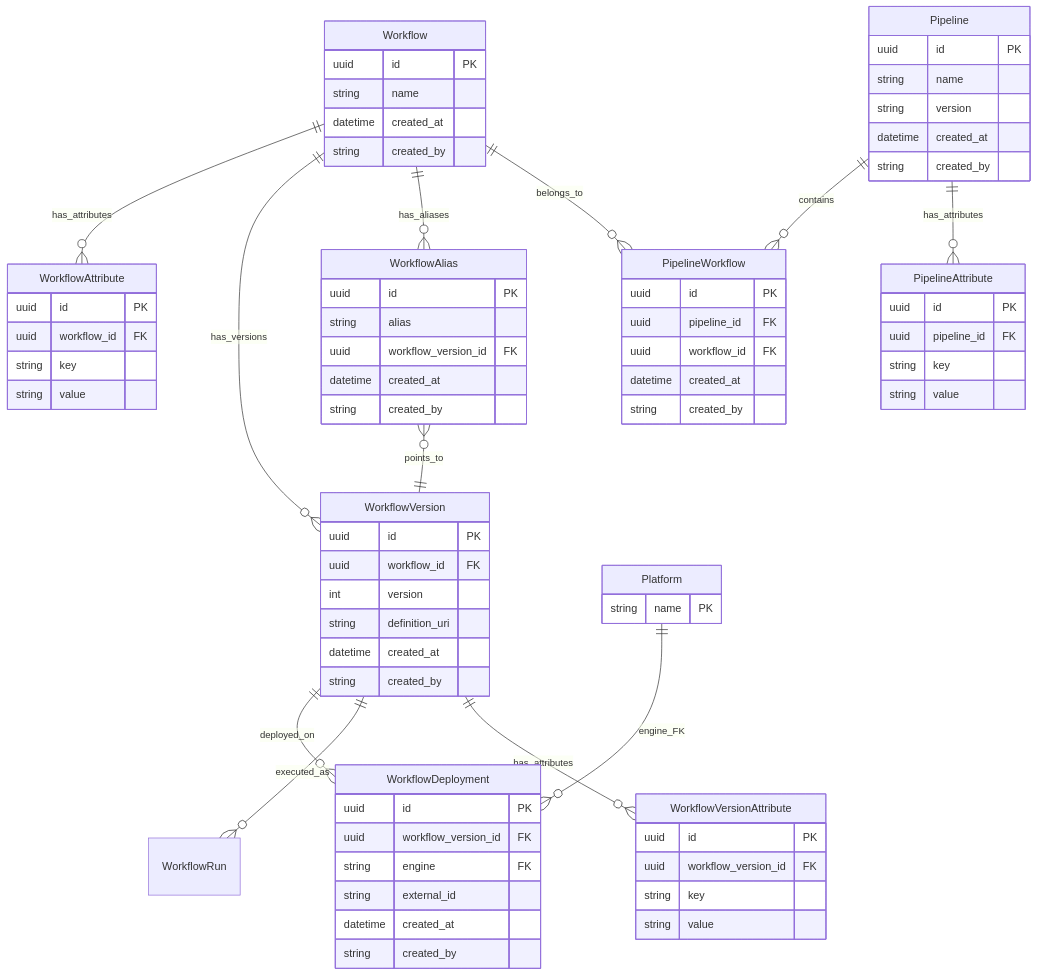
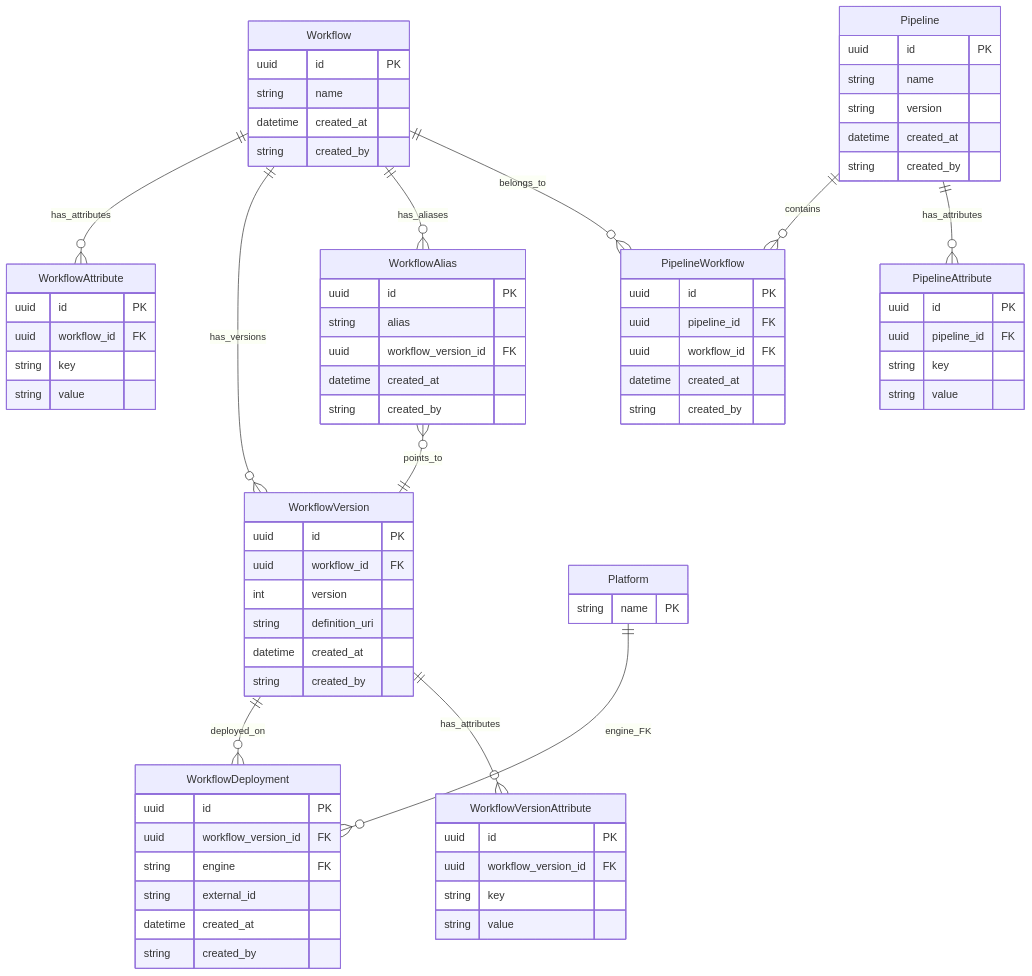
Before and after one commit to NGS360/APIServer: the diagram in docs/WORKFLOWS_AND_PIPELINES.md, drawn with Mermaid.

Commit message:
Fix ER Diagram

```diff
--- a/docs/WORKFLOWS_AND_PIPELINES.md
+++ b/docs/WORKFLOWS_AND_PIPELINES.md
@@ -26,7 +26,6 @@
     Workflow ||--o{ WorkflowAlias : has_aliases
     WorkflowAlias }o--|| WorkflowVersion : points_to
     WorkflowVersion ||--o{ WorkflowDeployment : deployed_on
-    WorkflowVersion ||--o{ WorkflowRun : executed_as
     WorkflowVersion ||--o{ WorkflowVersionAttribute : has_attributes
     Platform ||--o{ WorkflowDeployment : engine_FK
 
```
